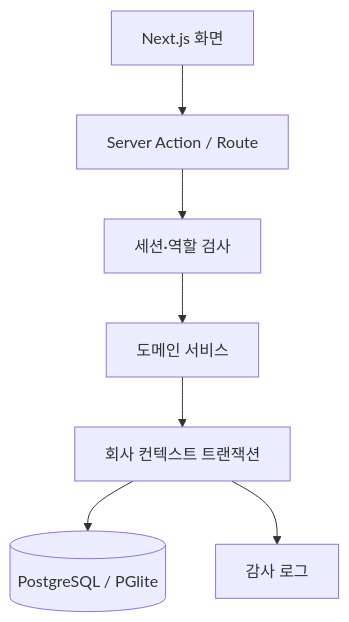
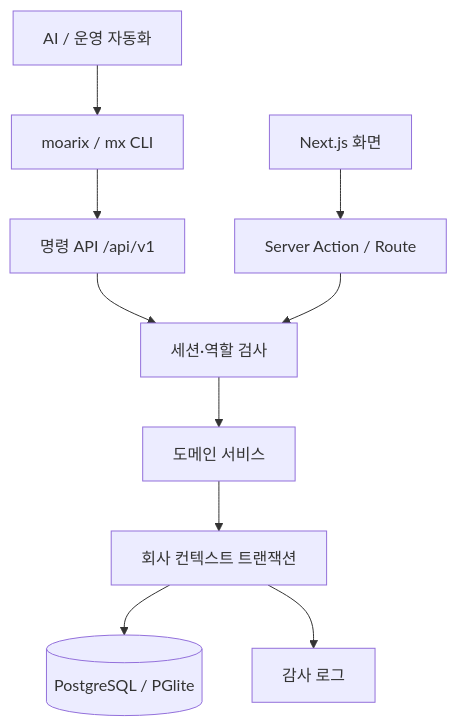
The diagram in docs/ARCHITECTURE.md (happyaspic-byte/MOARIX), drawn with Mermaid before and after one commit. The commit also changed other lines of this file and 53 other files, not shown here.

````diff
--- a/docs/ARCHITECTURE.md
+++ b/docs/ARCHITECTURE.md
@@ -9,9 +9,12 @@
 ```mermaid
 flowchart TD
   UI[Next.js 화면] --> SA[Server Action / Route]
+  AI[AI / 운영 자동화] --> CLI[moarix / mx CLI]
+  CLI --> API[명령 API /api/v1]
+  API --> AUTH
   SA --> AUTH[세션·역할 검사]
   AUTH --> DOMAIN[도메인 서비스]
   DOMAIN --> TX[회사 컨텍스트 트랜잭션]
   TX --> DB[(PostgreSQL / PGlite)]
   TX --> AUDIT[감사 로그]
 ```
````
